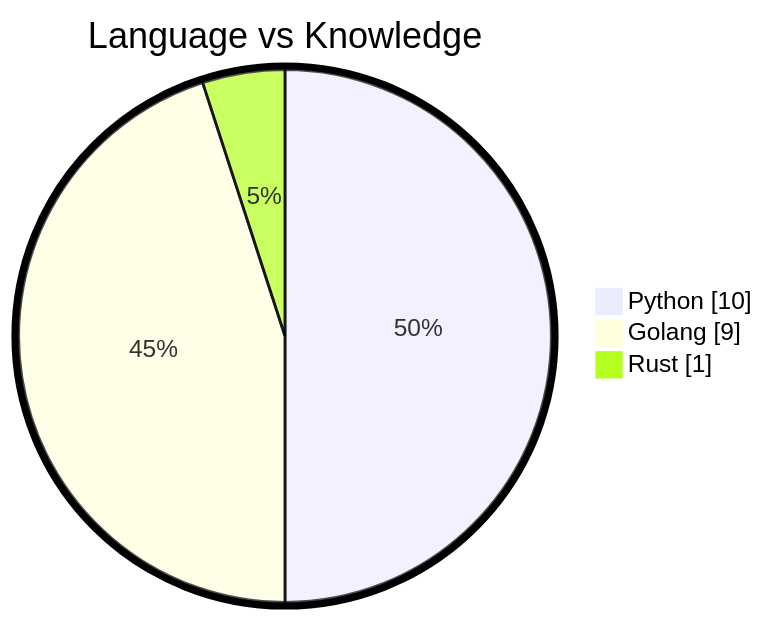
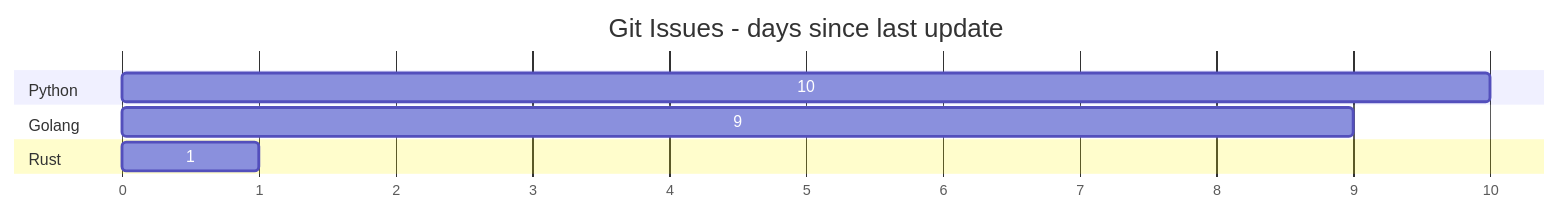
One commit to dev-hack95/dev-hack95 changed the diagram in README.md. Above: the diagram before and after it, drawn with Mermaid.

````diff
--- a/README.md
+++ b/README.md
@@ -31,8 +31,13 @@
 ```mermaid
-%%{init: {"pie": {"textPosition": 0.5}, "themeVariables": {"pieOuterStrokeWidth": "5px"}} }%%
-pie showData
-    title Language vs Knowledge
-    "Python" : 10.0
-    "Golang" : 9.0
-    "Rust" : 1.0
+gantt
+    title Git Issues - days since last update
+    dateFormat  X
+    axisFormat %s
+
+    section Python
+    10   : 0, 10
+    section Golang
+    9   : 0, 9
+    section Rust
+    1   : 0, 1
 ```
````
